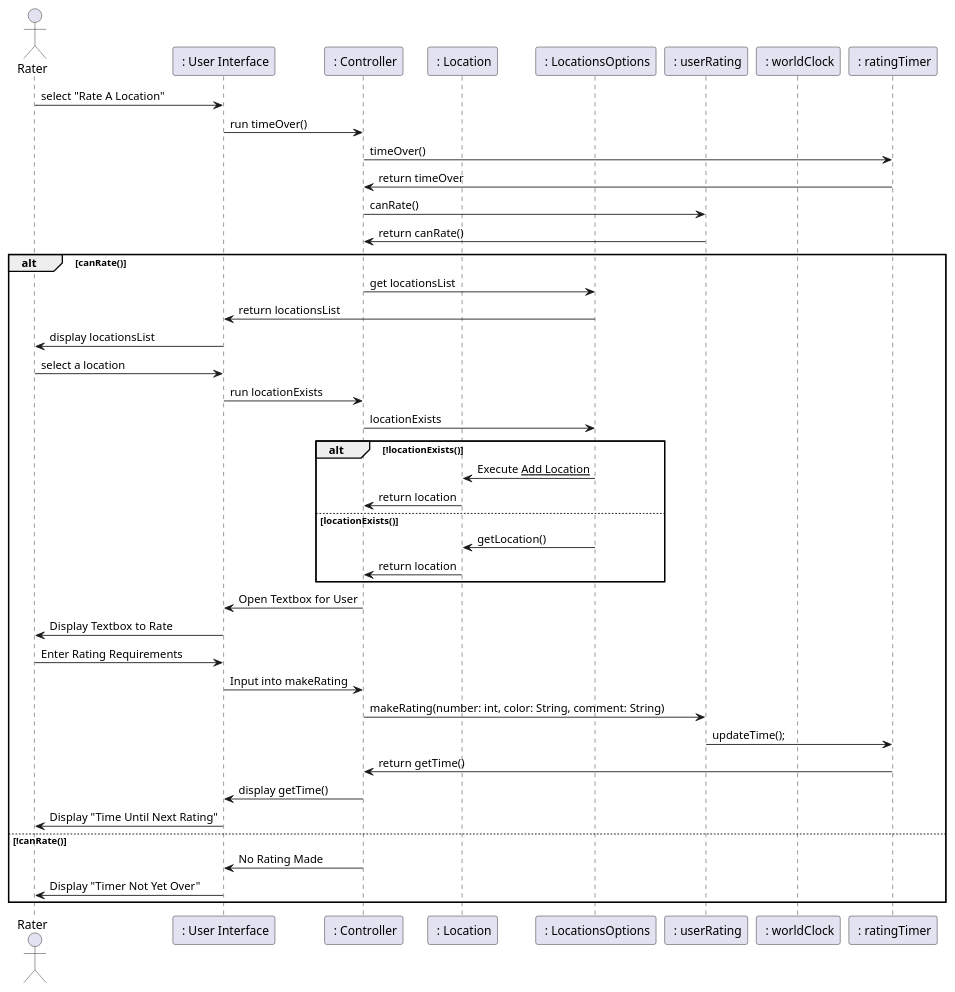
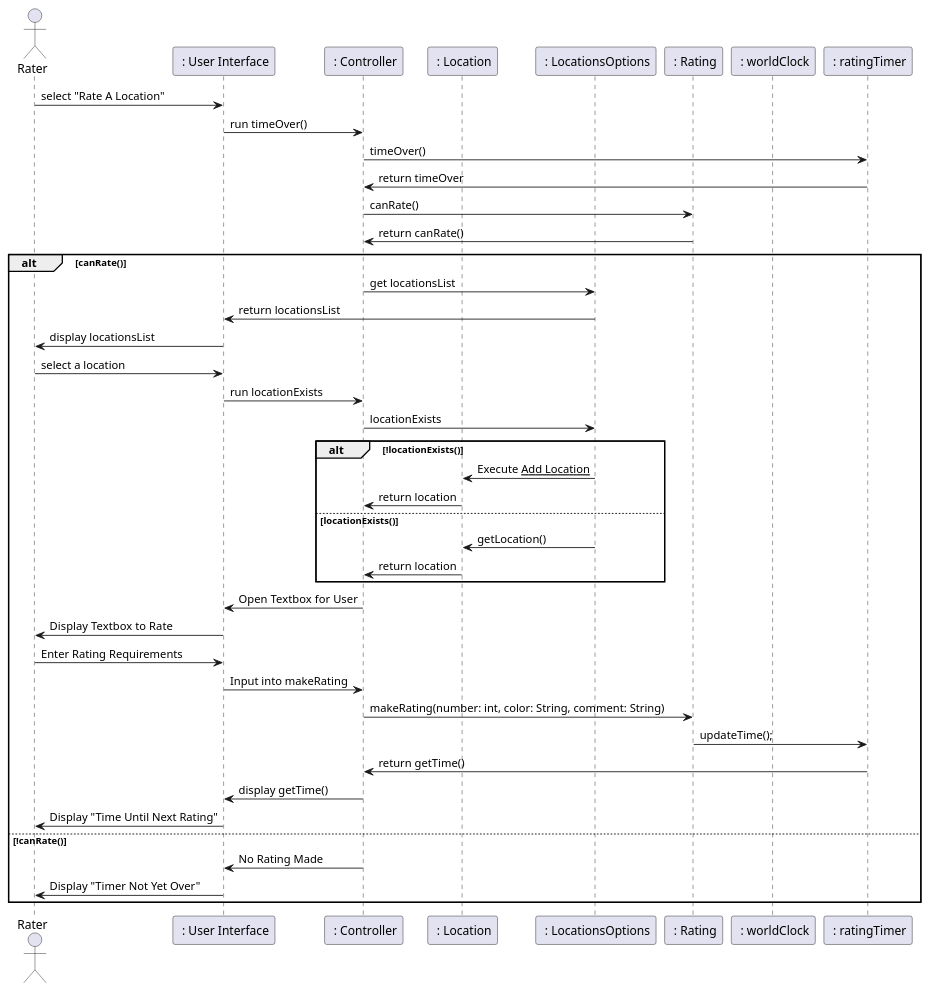
Before and after one commit to manoushpajouh/Vassar-Crowdmeter: the fourth of 4 diagrams in intellij/documentation/design.md, drawn with PlantUML. The commit also changed other lines of this file, not shown here.

Commit message:
edited design doc diagrams

````diff
--- a/intellij/documentation/design.md
+++ b/intellij/documentation/design.md
@@ -139,57 +138,57 @@
 ```plantuml
 @startuml
 actor Rater as rater 
 participant " : User Interface" as ui
 participant " : Controller" as controller
 participant " : Location" as location 
 participant " : LocationsOptions" as locOps 
-participant " : userRating" as ratings 
+participant " : Rating" as ratings 
 participant " : worldClock" as clock 
 participant " : ratingTimer" as timer 
 
 
 
 rater -> ui  : select "Rate A Location"
 ui -> controller : run timeOver()
 controller -> timer : timeOver()
 timer -> controller : return timeOver
 controller -> ratings  : canRate()
 ratings -> controller : return canRate()
 alt canRate()
 
 controller -> locOps :  get locationsList
 locOps -> ui : return locationsList
 ui ->  rater : display locationsList
 rater -> ui : select a location
 ui -> controller : run locationExists
 controller -> locOps: locationExists
 
 alt !locationExists()
 locOps -> location : Execute __Add Location__ 
 location -> controller : return location 
 else locationExists()
 locOps  -> location : getLocation()
 location -> controller : return location 
 end
 
 controller -> ui : Open Textbox for User 
 ui -> rater : Display Textbox to Rate
 rater -> ui : Enter Rating Requirements
 ui -> controller : Input into makeRating
 controller -> ratings : makeRating(number: int, color: String, comment: String)
 
 
 ratings -> timer : updateTime();
 timer -> controller : return getTime()
 controller -> ui : display getTime()
 ui -> rater : Display "Time Until Next Rating"
 
 
 else !canRate()
 controller -> ui : No Rating Made 
 ui -> rater : Display "Timer Not Yet Over"
 end
 
 
 @enduml
 ```
````
